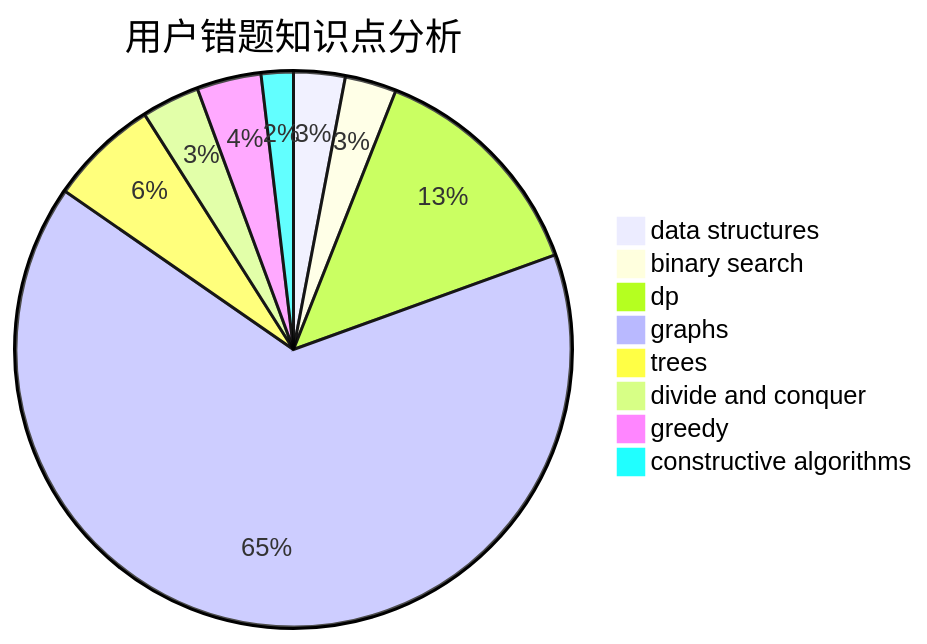
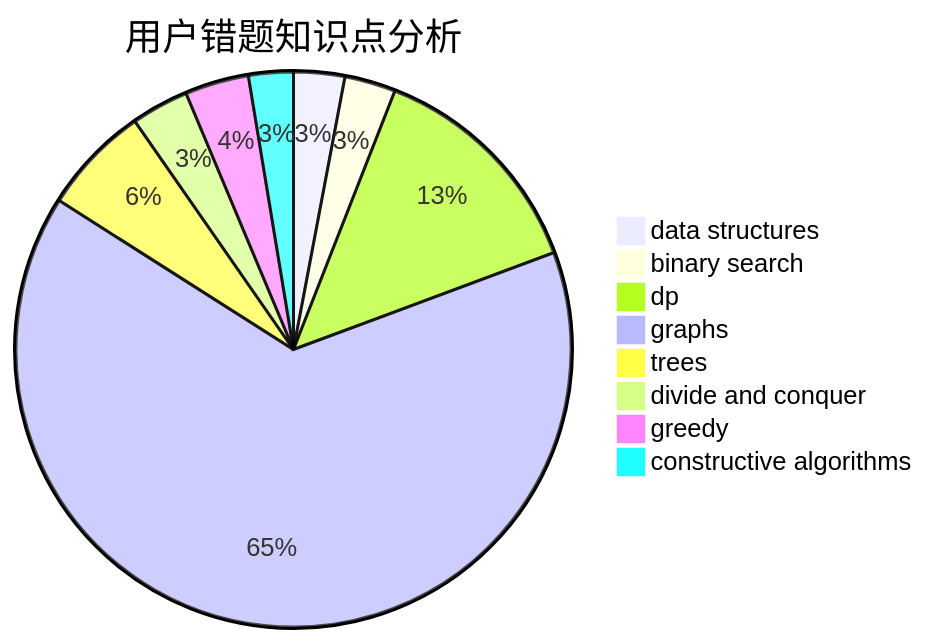
One commit to sherpahu/cfrs.github.io changed the third of 3 diagrams in docs/user/u223.md. Above: the diagram before and after it, drawn with Mermaid. The commit also changed other lines of this file and 2770 other files, not shown here.

````diff
--- a/docs/user/u223.md
+++ b/docs/user/u223.md
@@ -36,11 +36,11 @@
 ```mermaid
 pie title 用户错题知识点分析
     "data structures" :  8
     "binary search" :  8
     "dp" :  36
     "graphs" :  174
     "trees" :  17
     "divide and conquer" :  9
     "greedy" :  10
-    "constructive algorithms" :  5
+    "constructive algorithms" :  7
 ```
````
